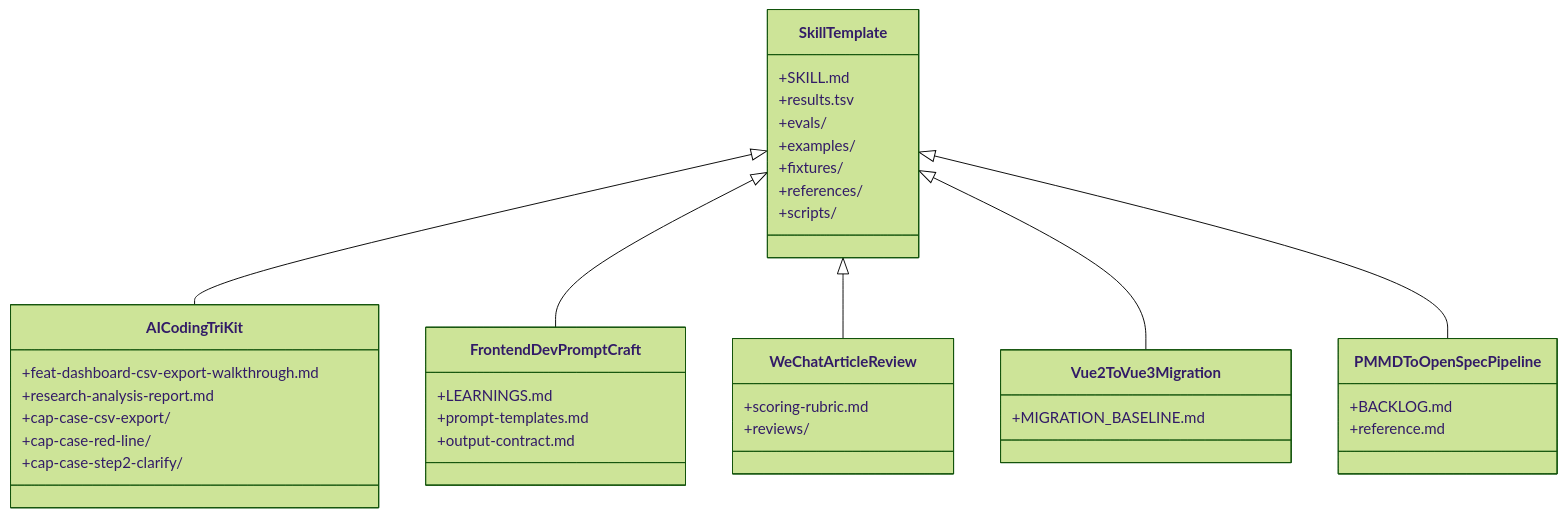
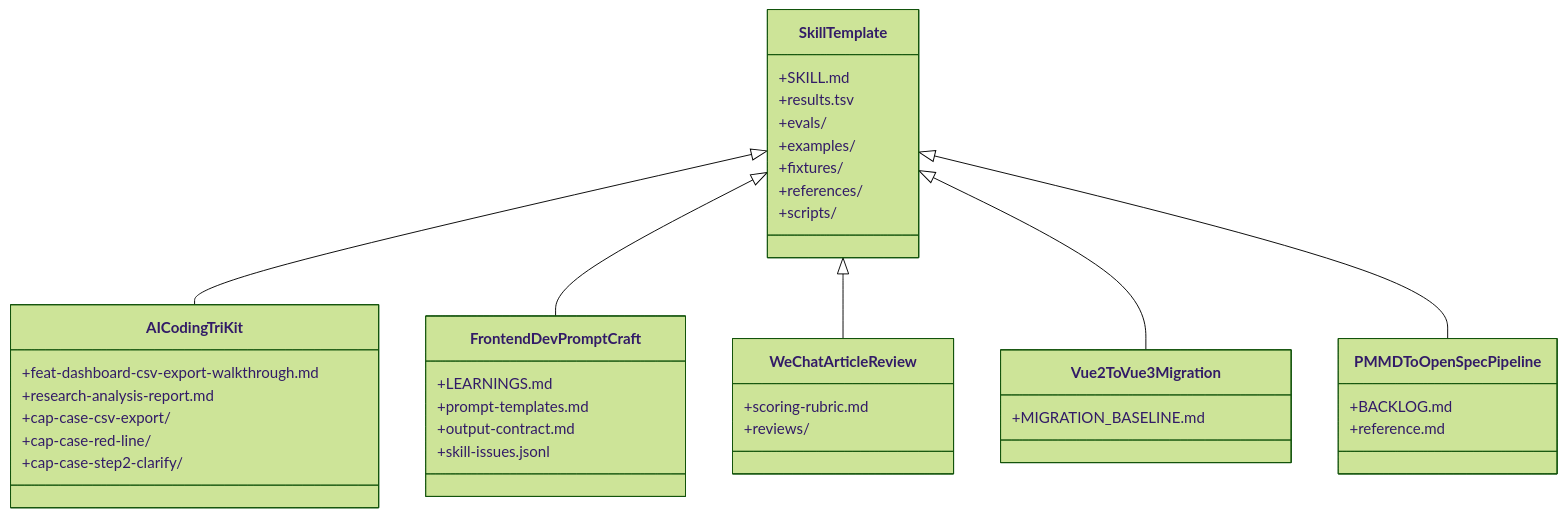
One commit to yangmeishux/frontend-team-marketplace changed the third of 11 diagrams in .qoder/repowiki/zh/content/技能工程系统/知识管理系统.md. Above: the diagram before and after it, drawn with Mermaid (forest theme). The commit also changed other lines of this file and 4 other files, not shown here.

````diff
--- a/.qoder/repowiki/zh/content/技能工程系统/知识管理系统.md
+++ b/.qoder/repowiki/zh/content/技能工程系统/知识管理系统.md
@@ -210,40 +221,41 @@
 ```mermaid
 classDiagram
 class SkillTemplate {
 +SKILL.md
 +results.tsv
 +evals/
 +examples/
 +fixtures/
 +references/
 +scripts/
 }
 class AICodingTriKit {
 +feat-dashboard-csv-export-walkthrough.md
 +research-analysis-report.md
 +cap-case-csv-export/
 +cap-case-red-line/
 +cap-case-step2-clarify/
 }
 class FrontendDevPromptCraft {
 +LEARNINGS.md
 +prompt-templates.md
 +output-contract.md
++skill-issues.jsonl
 }
 class WeChatArticleReview {
 +scoring-rubric.md
 +reviews/
 }
 class Vue2ToVue3Migration {
 +MIGRATION_BASELINE.md
 }
 class PMMDToOpenSpecPipeline {
 +BACKLOG.md
 +reference.md
 }
 SkillTemplate <|-- AICodingTriKit
 SkillTemplate <|-- FrontendDevPromptCraft
 SkillTemplate <|-- WeChatArticleReview
 SkillTemplate <|-- Vue2ToVue3Migration
 SkillTemplate <|-- PMMDToOpenSpecPipeline
 ```
````
